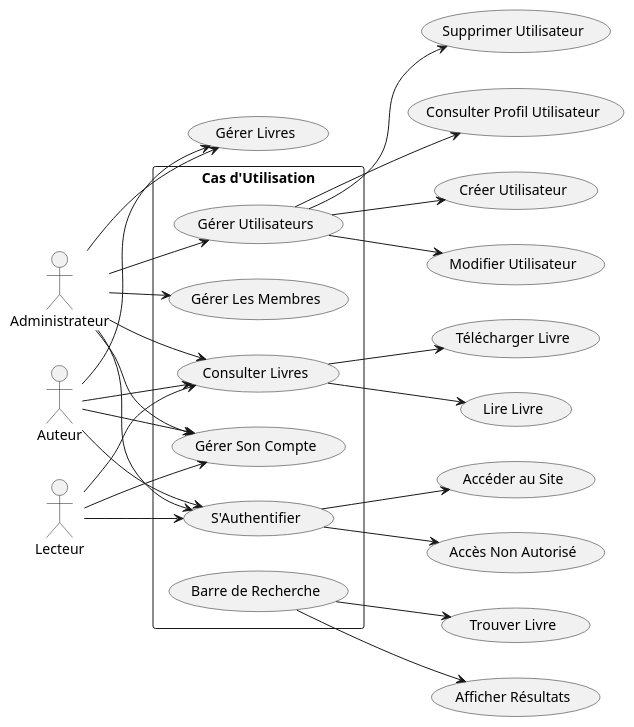
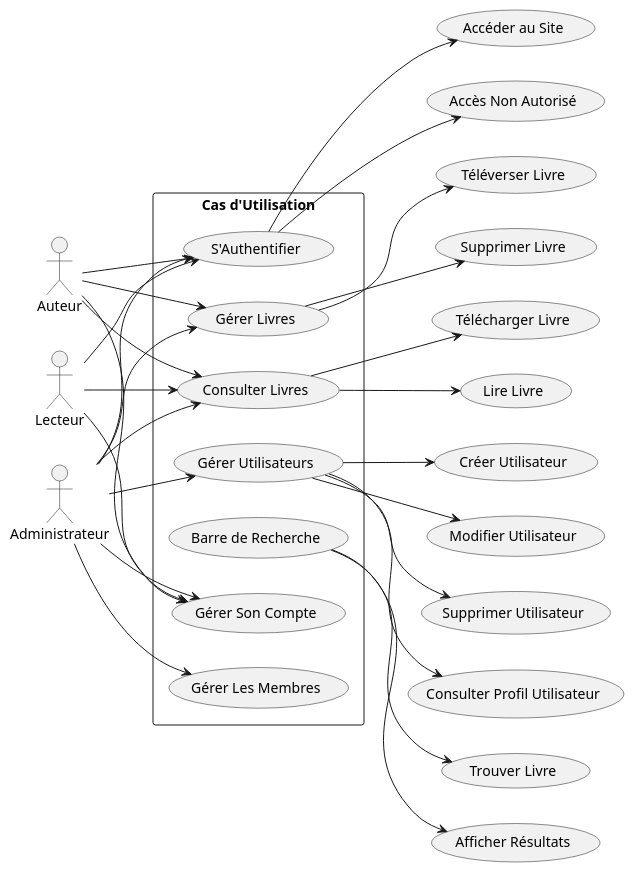
One commit to rudylopez8/symfoLivre changed the diagram in adm/analyse/UML/usecasgénéral.puml. Above: the diagram before and after it, drawn with PlantUML. The commit also changed 1 other file, not shown here.

```diff
--- a/adm/analyse/UML/usecasgénéral.puml
+++ b/adm/analyse/UML/usecasgénéral.puml
@@ -1,42 +1,45 @@
 @startuml
 skinparam actorStyle actor
 left to right direction
 actor Auteur as Auteur
 actor Lecteur as Lecteur
 actor Administrateur as Admin
 
 rectangle "Cas d'Utilisation" {
   (S'Authentifier)
   (Gérer Utilisateurs)
+  (Gérer Livres)
   (Consulter Livres)
   (Barre de Recherche)
   (Gérer Son Compte)
   (Gérer Les Membres)
 }
 
 Auteur --> (S'Authentifier)
 Auteur --> (Consulter Livres)
 Auteur --> (Gérer Livres)
 Lecteur --> (S'Authentifier)
 Lecteur --> (Consulter Livres)
 Admin --> (S'Authentifier)
 Admin --> (Consulter Livres)
 Admin --> (Gérer Utilisateurs)
 Admin --> (Gérer Livres)
 Auteur --> (Gérer Son Compte)
 Lecteur --> (Gérer Son Compte)
 Admin --> (Gérer Son Compte)
 Admin --> (Gérer Les Membres)
 
 (S'Authentifier) --> (Accéder au Site)
 (S'Authentifier) --> (Accès Non Autorisé)
 (Gérer Utilisateurs) --> (Créer Utilisateur)
 (Gérer Utilisateurs) --> (Modifier Utilisateur)
 (Gérer Utilisateurs) --> (Supprimer Utilisateur)
 (Gérer Utilisateurs) --> (Consulter Profil Utilisateur)
 (Consulter Livres) --> (Télécharger Livre)
 (Consulter Livres) --> (Lire Livre)
+(Gérer Livres) --> (Téléverser Livre)
+(Gérer Livres) --> (Supprimer Livre)
 (Barre de Recherche) --> (Trouver Livre)
 (Barre de Recherche) --> (Afficher Résultats)
 
 @enduml
```
